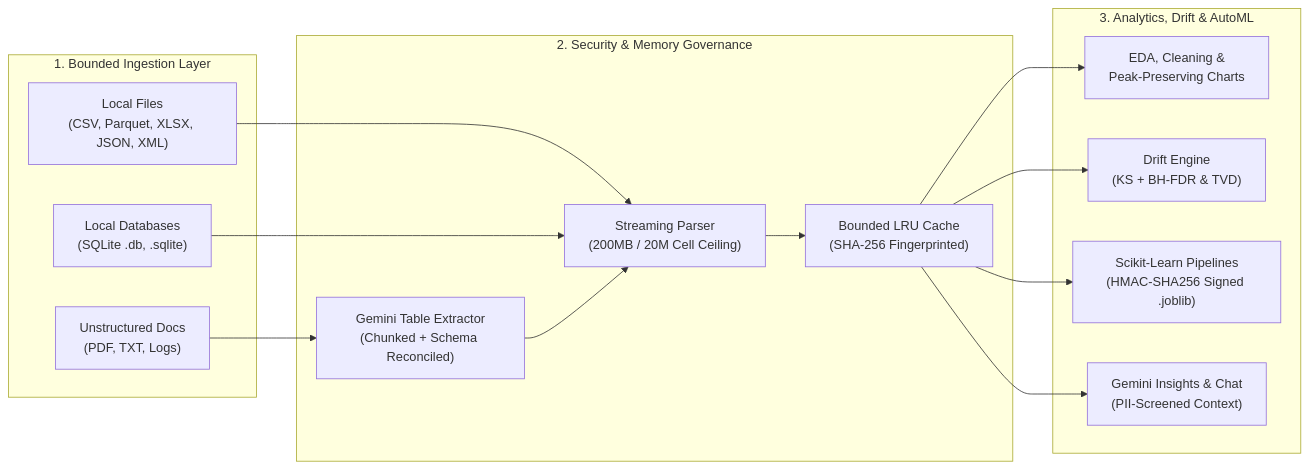
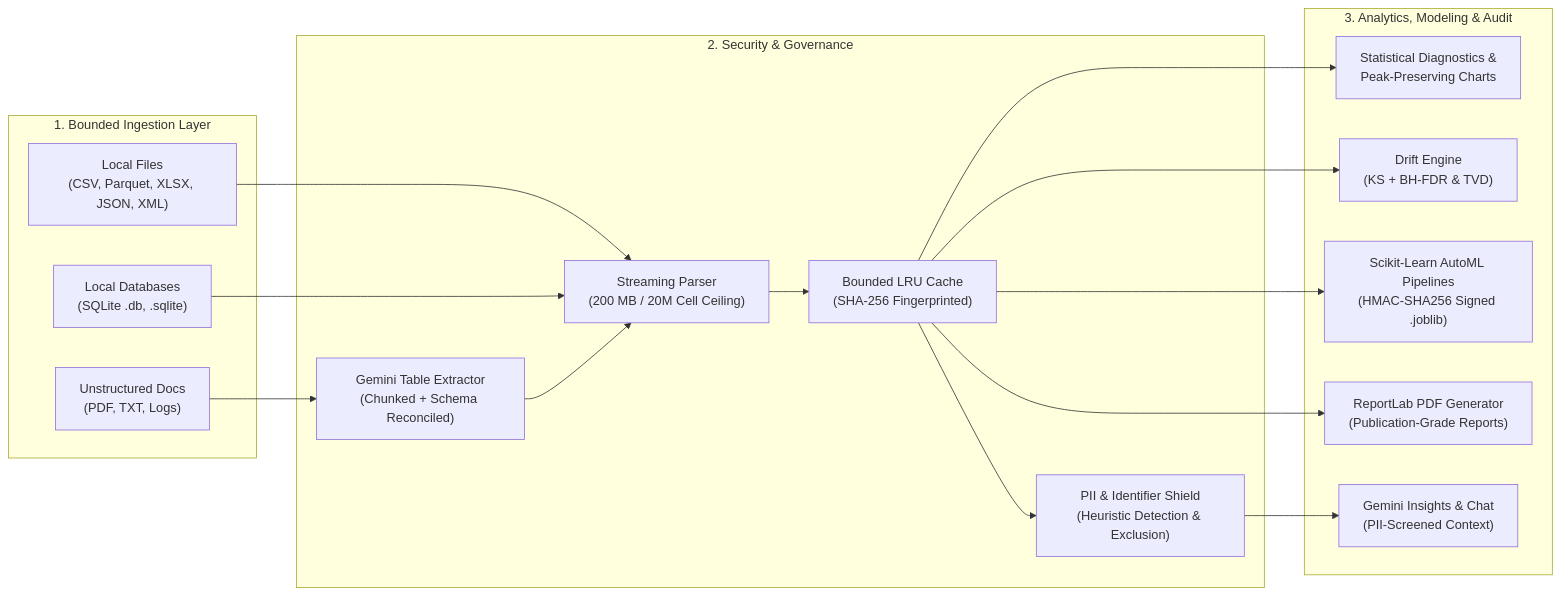
Before and after one commit to Srikiran22/CloudlnsightAl: the diagram in README.md, drawn with Mermaid. The commit also changed other lines of this file and 50 other files, not shown here.

````diff
--- a/README.md
+++ b/README.md
@@ -13,27 +11,31 @@
 ```mermaid
 flowchart LR
     subgraph Ingestion ["1. Bounded Ingestion Layer"]
         Local["Local Files\n(CSV, Parquet, XLSX, JSON, XML)"]
         DB["Local Databases\n(SQLite .db, .sqlite)"]
         RawDoc["Unstructured Docs\n(PDF, TXT, Logs)"]
     end
 
-    subgraph Guards ["2. Security & Memory Governance"]
-        Parser["Streaming Parser\n(200MB / 20M Cell Ceiling)"]
+    subgraph Guards ["2. Security & Governance"]
+        Parser["Streaming Parser\n(200 MB / 20M Cell Ceiling)"]
         AIConv["Gemini Table Extractor\n(Chunked + Schema Reconciled)"]
         Cache["Bounded LRU Cache\n(SHA-256 Fingerprinted)"]
+        Privacy["PII & Identifier Shield\n(Heuristic Detection & Exclusion)"]
     end
 
-    subgraph Analytics ["3. Analytics, Drift & AutoML"]
-        EDA["EDA, Cleaning &\nPeak-Preserving Charts"]
+    subgraph Analytics ["3. Analytics, Modeling & Audit"]
+        EDA["Statistical Diagnostics &\nPeak-Preserving Charts"]
         Drift["Drift Engine\n(KS + BH-FDR & TVD)"]
-        ML["Scikit-Learn Pipelines\n(HMAC-SHA256 Signed .joblib)"]
+        ML["Scikit-Learn AutoML Pipelines\n(HMAC-SHA256 Signed .joblib)"]
+        PDF["ReportLab PDF Generator\n(Publication-Grade Reports)"]
         GenAI["Gemini Insights & Chat\n(PII-Screened Context)"]
     end
 
     Local --> Parser
     DB --> Parser
     RawDoc --> AIConv --> Parser
     Parser --> Cache
-    Cache --> EDA & Drift & ML & GenAI
+    Cache --> Privacy
+    Privacy --> GenAI
+    Cache --> EDA & Drift & ML & PDF
 ```
````
